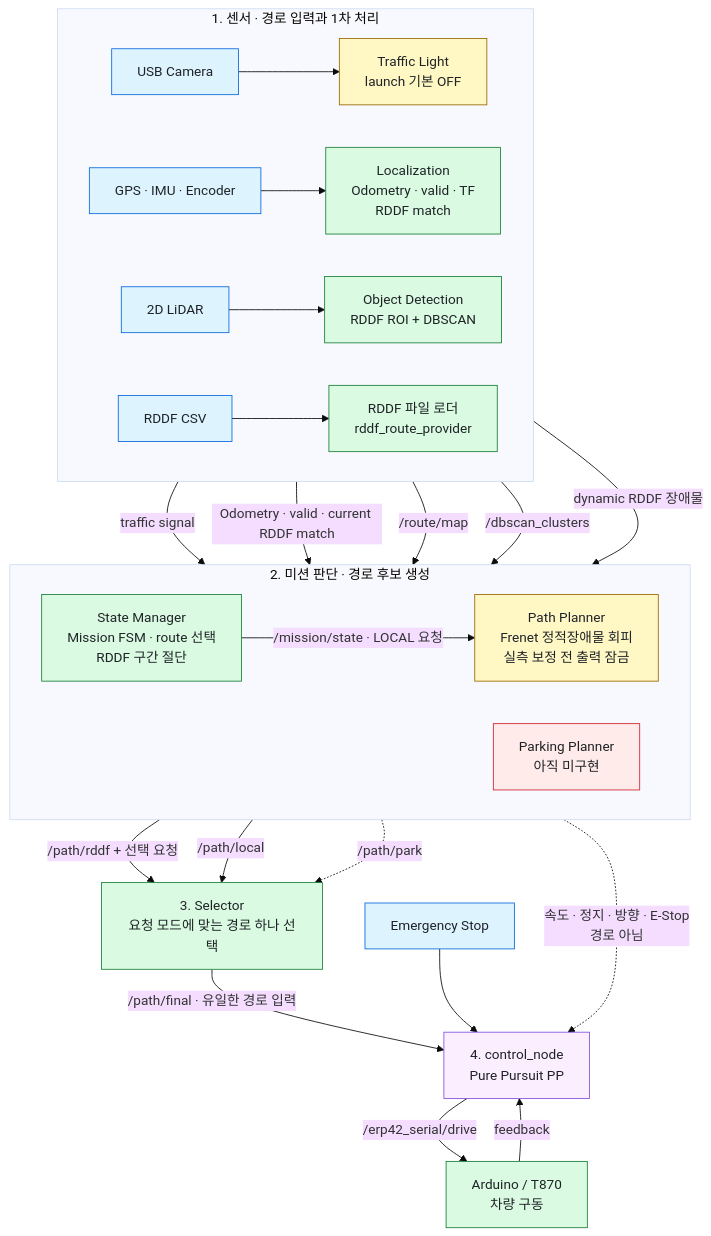
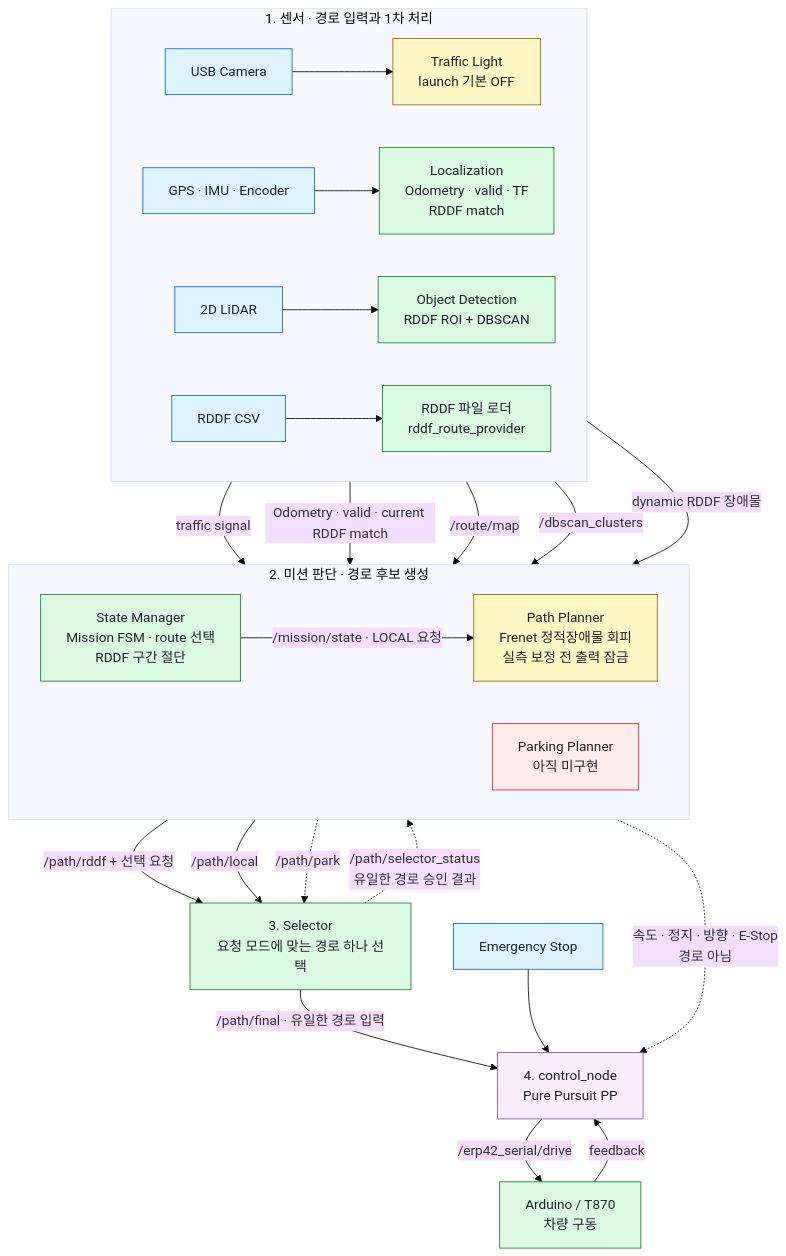
One commit to Team-Stier/HL-FMA-1-5-2026 changed the diagram in docs/architecture.md. Above: the diagram before and after it, drawn with Mermaid (base theme). The commit also changed other lines of this file and 8 other files, not shown here.

````diff
--- a/docs/architecture.md
+++ b/docs/architecture.md
@@ -22,46 +22,47 @@
 ```mermaid
 flowchart TB
     classDef sensor fill:#ddf4ff,stroke:#0969da,color:#1f2328
     classDef active fill:#dafbe1,stroke:#1a7f37,color:#1f2328
     classDef gated fill:#fff8c5,stroke:#9a6700,color:#1f2328
     classDef control fill:#fbefff,stroke:#8250df,color:#1f2328
     classDef later fill:#ffebe9,stroke:#cf222e,color:#1f2328
 
     subgraph INPUT[1. 센서 · 경로 입력과 1차 처리]
         direction LR
         CAMERA[USB Camera]:::sensor --> TL[Traffic Light<br/>launch 기본 OFF]:::gated
         MOTION[GPS · IMU · Encoder]:::sensor --> LOC[Localization<br/>Odometry · valid · TF<br/>RDDF match]:::active
         LIDAR[2D LiDAR]:::sensor --> OD[Object Detection<br/>RDDF ROI + DBSCAN]:::active
         FILES[RDDF CSV]:::sensor --> LOADER[RDDF 파일 로더<br/>rddf_route_provider]:::active
     end
 
     subgraph PLAN[2. 미션 판단 · 경로 후보 생성]
         direction LR
         SM[State Manager<br/>Mission FSM · route 선택<br/>RDDF 구간 절단]:::active
         LP[Path Planner<br/>Frenet 정적장애물 회피<br/>실측 보정 전 출력 잠금]:::gated
         PARK[Parking Planner<br/>아직 미구현]:::later
     end
 
     SEL[3. Selector<br/>요청 모드에 맞는 경로 하나 선택]:::active
     PP[4. control_node<br/>Pure Pursuit PP]:::control
     ESTOP[Emergency Stop]:::sensor
     CAR[Arduino / T870<br/>차량 구동]:::active
 
     TL -->|traffic signal| SM
     LOC -->|Odometry · valid · current RDDF match| SM
     LOADER -->|/route/map| SM
 
     OD -->|/dbscan_clusters| LP
     OD -->|dynamic RDDF 장애물| SM
     SM -->|/mission/state · LOCAL 요청| LP
 
     SM -->|/path/rddf + 선택 요청| SEL
     LP -->|/path/local| SEL
     PARK -.->|/path/park| SEL
+    SEL -.->|/path/selector_status<br/>유일한 경로 승인 결과| SM
 
     SEL -->|/path/final · 유일한 경로 입력| PP
     SM -.->|속도 · 정지 · 방향 · E-Stop<br/>경로 아님| PP
     ESTOP --> PP
     CAR -->|feedback| PP
     PP -->|/erp42_serial/drive| CAR
 ```
````
